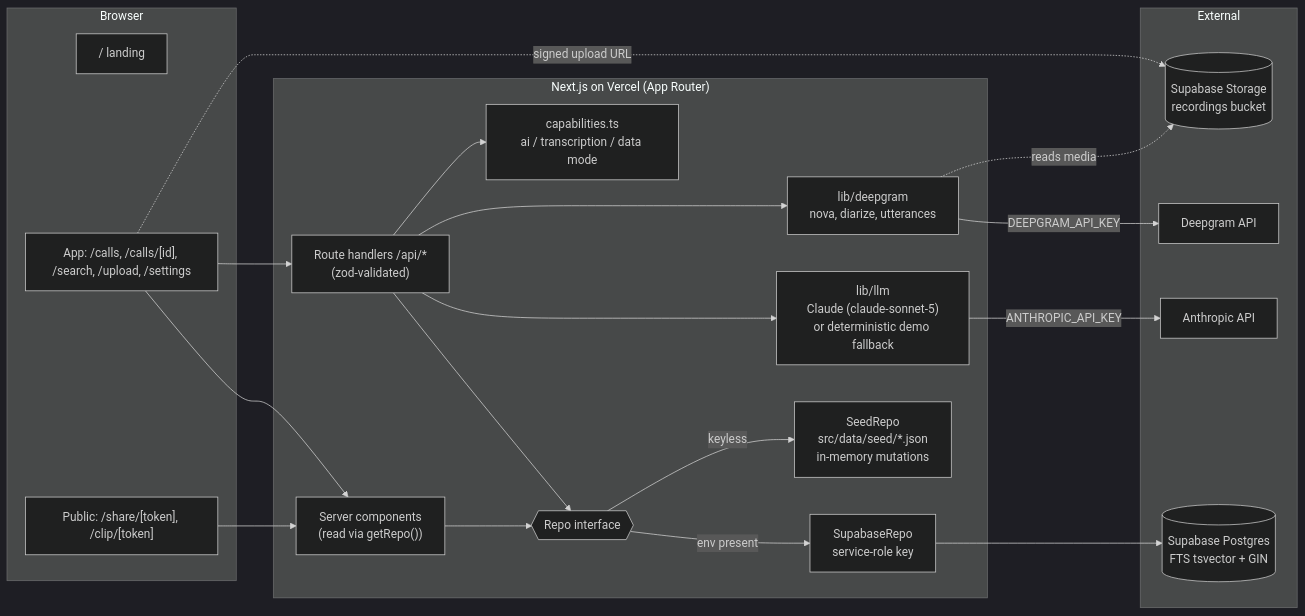
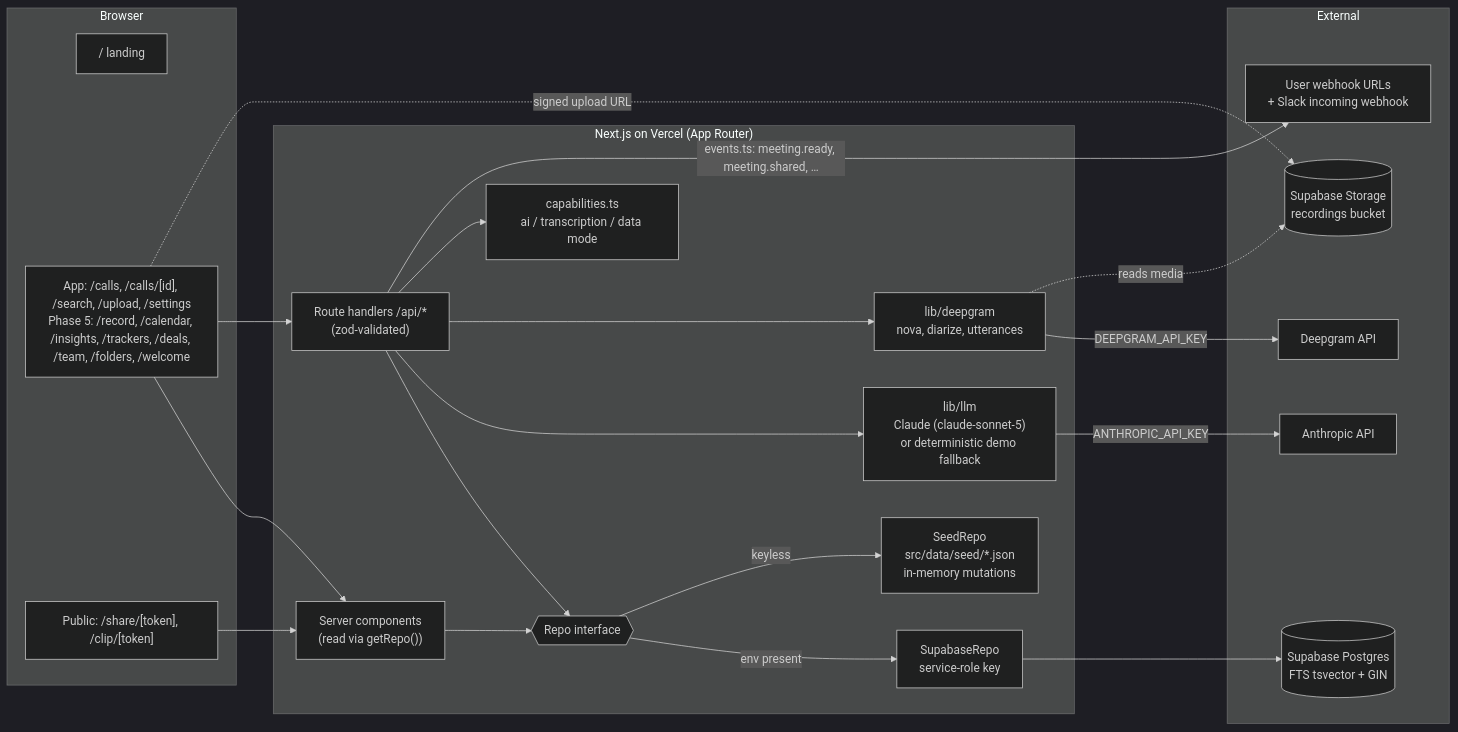
One commit to rakshityadav1868/8x-assignment changed the first of 3 diagrams in ARCHITECTURE.md. Above: the diagram before and after it, drawn with Mermaid (dark theme). The commit also changed other lines of this file and 3 other files, not shown here.

Commit message:
Docs: Phase 5 parity table, known gaps and next steps in README; ARCHITECTURE §10 as built; walkthrough weaves in bot, coaching, comments, deals, insights

````diff
--- a/ARCHITECTURE.md
+++ b/ARCHITECTURE.md
@@ -16,38 +16,40 @@
 ```mermaid
 flowchart LR
   subgraph Browser
     L["/ landing"]
-    UI["App: /calls, /calls/[id], /search, /upload, /settings"]
+    UI["App: /calls, /calls/[id], /search, /upload, /settings<br/>Phase 5: /record, /calendar, /insights, /trackers, /deals, /team, /folders, /welcome"]
     PUB["Public: /share/[token], /clip/[token]"]
   end
 
   subgraph Vercel["Next.js on Vercel (App Router)"]
     RSC["Server components<br/>(read via getRepo())"]
     API["Route handlers /api/*<br/>(zod-validated)"]
     CAP["capabilities.ts<br/>ai / transcription / data mode"]
     REPO{{"Repo interface"}}
     SEED["SeedRepo<br/>src/data/seed/*.json<br/>in-memory mutations"]
     SB["SupabaseRepo<br/>service-role key"]
     LLM["lib/llm<br/>Claude (claude-sonnet-5)<br/>or deterministic demo fallback"]
     DG["lib/deepgram<br/>nova, diarize, utterances"]
   end
 
   subgraph External
     PG[("Supabase Postgres<br/>FTS tsvector + GIN")]
     ST[("Supabase Storage<br/>recordings bucket")]
     ANT["Anthropic API"]
     DGA["Deepgram API"]
+    HOOK["User webhook URLs<br/>+ Slack incoming webhook"]
   end
 
   UI --> RSC & API
   PUB --> RSC
   RSC --> REPO
   API --> REPO & LLM & DG
   API --> CAP
   REPO -->|env present| SB --> PG
   REPO -->|keyless| SEED
   LLM -->|ANTHROPIC_API_KEY| ANT
   DG -->|DEEPGRAM_API_KEY| DGA
   UI -. signed upload URL .-> ST
   DG -. reads media .-> ST
+  API -->|"events.ts: meeting.ready, meeting.shared, …"| HOOK
 ```
````
